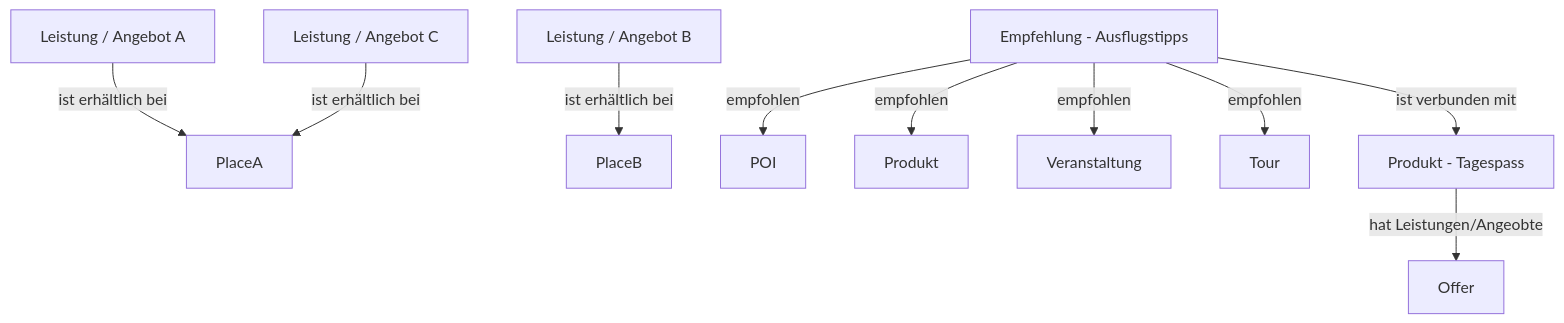
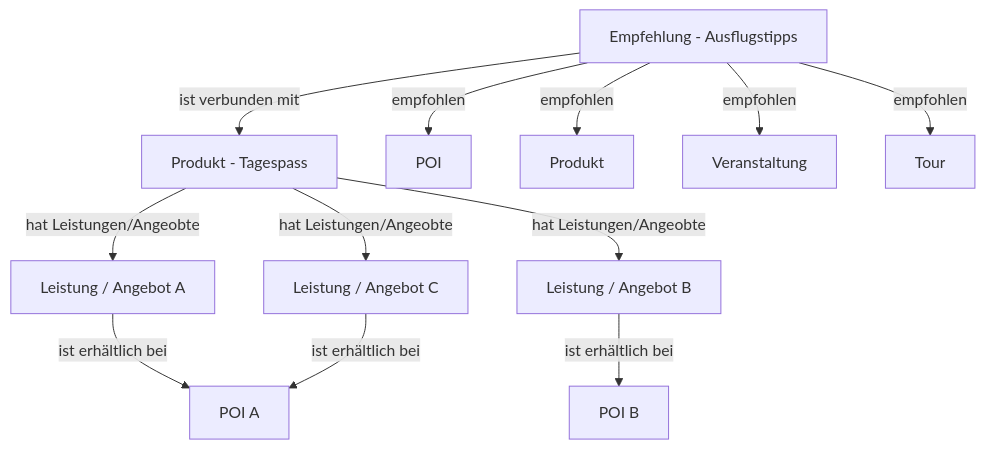
One commit to tsolenthaler/docs.contentdesk.io changed the first of 3 diagrams in docs/dev/projects/glarnerlandApp.md. Above: the diagram before and after it, drawn with Mermaid.

Commit message:
Refactor schema and update relationships in glarnerlandApp.md

````diff
--- a/docs/dev/projects/glarnerlandApp.md
+++ b/docs/dev/projects/glarnerlandApp.md
@@ -12,18 +12,20 @@
 ``` mermaid
 graph TD
     Tagespass[Produkt - Tagespass]
-    Tagespass -->|hat Leistungen/Angeobte|Offer
+    Tagespass -->|hat Leistungen/Angeobte|OfferA
+    Tagespass -->|hat Leistungen/Angeobte|OfferB
+    Tagespass -->|hat Leistungen/Angeobte|OfferC
     OfferA[Leistung / Angebot A]
-    OfferA -->|ist erhältlich bei|PlaceA
+    OfferA -->|ist erhältlich bei|PlaceA[POI A]
     OfferB[Leistung / Angebot B]
-    OfferB -->|ist erhältlich bei|PlaceB
+    OfferB -->|ist erhältlich bei|PlaceB[POI B]
     OfferC[Leistung / Angebot C]
     OfferC -->|ist erhältlich bei|PlaceA
 
     Recommendation[Empfehlung - Ausflugstipps] -->|empfohlen|Place[POI]
     Recommendation[Empfehlung - Ausflugstipps] -->|empfohlen|Product[Produkt]
     Recommendation[Empfehlung - Ausflugstipps] -->|empfohlen|Event[Veranstaltung]
     Recommendation[Empfehlung - Ausflugstipps] -->|empfohlen|Tour
     Recommendation -->|ist verbunden mit|Tagespass
     
 ```
````
